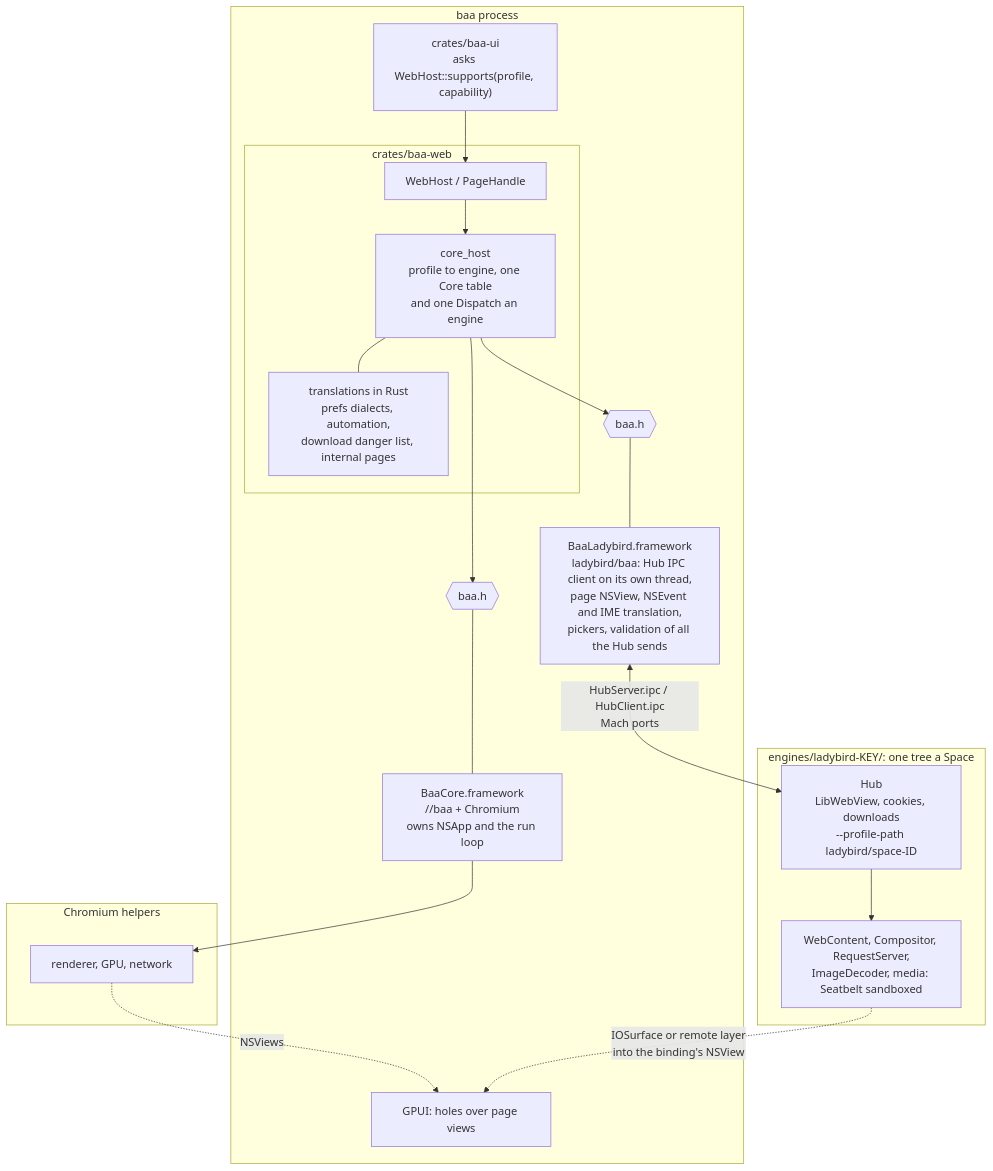
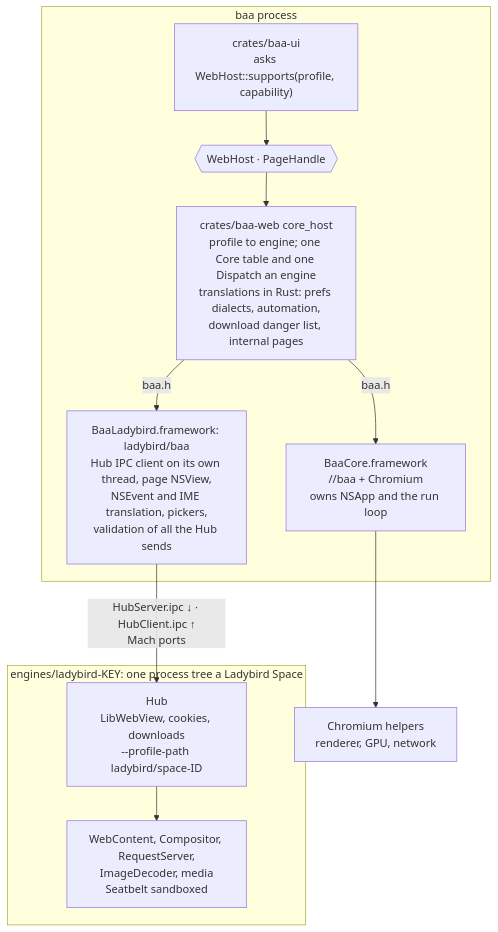
One commit to dan-hummelstad/baa changed the diagram in PLAN-engines.md. Above: the diagram before and after it, drawn with Mermaid. The commit also changed other lines of this file and 1 other file, not shown here.

Commit message:
README, PLAN-engines.md: the architecture diagrams read top to bottom. Each is one chain where every arrow goes a step down: the side boxes (GPUI, privacy, the WebKit tab, mail's documents, the Keychain) are folded into the box they belong to or left to the text, the arrows that ran back up from the helper processes are gone, a call and its callbacks are one labelled arrow, and what is outside baa's process is a dashed box

````diff
--- a/PLAN-engines.md
+++ b/PLAN-engines.md
@@ -110,34 +110,25 @@
 ```mermaid
 flowchart TB
     subgraph app["baa process"]
         ui["crates/baa-ui<br/>asks WebHost::supports(profile, capability)"]
-        subgraph web["crates/baa-web"]
-            host["WebHost / PageHandle"]
-            core["core_host<br/>profile to engine, one Core table<br/>and one Dispatch an engine"]
-            tr["translations in Rust<br/>prefs dialects, automation,<br/>download danger list, internal pages"]
-        end
-        abi1{{"baa.h"}}
-        abi2{{"baa.h"}}
+        host{{"WebHost · PageHandle"}}
+        core["crates/baa-web core_host<br/>profile to engine; one Core table and one Dispatch an engine<br/>translations in Rust: prefs dialects, automation,<br/>download danger list, internal pages"]
         chromium["BaaCore.framework<br/>//baa + Chromium<br/>owns NSApp and the run loop"]
-        binding["BaaLadybird.framework<br/>ladybird/baa: Hub IPC client on its own thread,<br/>page NSView, NSEvent and IME translation,<br/>pickers, validation of all the Hub sends"]
-        gpui["GPUI: holes over page views"]
+        binding["BaaLadybird.framework: ladybird/baa<br/>Hub IPC client on its own thread, page NSView,<br/>NSEvent and IME translation, pickers,<br/>validation of all the Hub sends"]
     end
 
-    subgraph chromeprocs["Chromium helpers"]
-        cr["renderer, GPU, network"]
+    cr["Chromium helpers<br/>renderer, GPU, network"]
+
+    subgraph lady["engines/ladybird-KEY: one process tree a Ladybird Space"]
+        hub["Hub<br/>LibWebView, cookies, downloads<br/>--profile-path ladybird/space-ID"]
+        helpers["WebContent, Compositor, RequestServer,<br/>ImageDecoder, media<br/>Seatbelt sandboxed"]
     end
 
-    subgraph lady["engines/ladybird-KEY/: one tree a Space"]
-        hub["Hub<br/>LibWebView, cookies, downloads<br/>--profile-path ladybird/space-ID"]
-        helpers["WebContent, Compositor, RequestServer,<br/>ImageDecoder, media: Seatbelt sandboxed"]
-    end
-
-    ui --> host --> core
-    core --- tr
-    core --> abi1 --- chromium --> cr
-    core --> abi2 --- binding
-    binding <-- "HubServer.ipc / HubClient.ipc<br/>Mach ports" --> hub
+    ui --> host
+    host --> core
+    core -- "baa.h" --> chromium
+    core -- "baa.h" --> binding
+    chromium --> cr
+    binding -- "HubServer.ipc ↓ · HubClient.ipc ↑<br/>Mach ports" --> hub
     hub --> helpers
-    cr -. "NSViews" .-> gpui
-    helpers -. "IOSurface or remote layer<br/>into the binding's NSView" .-> gpui
 ```
````
